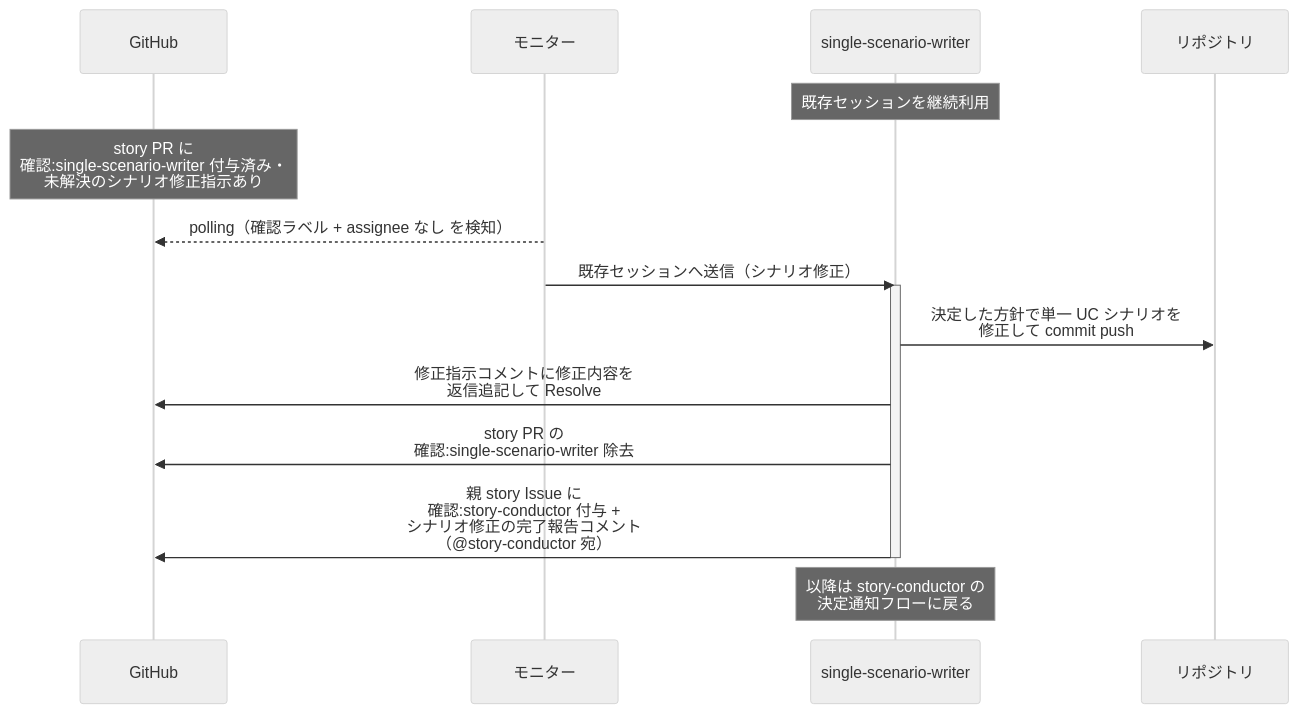
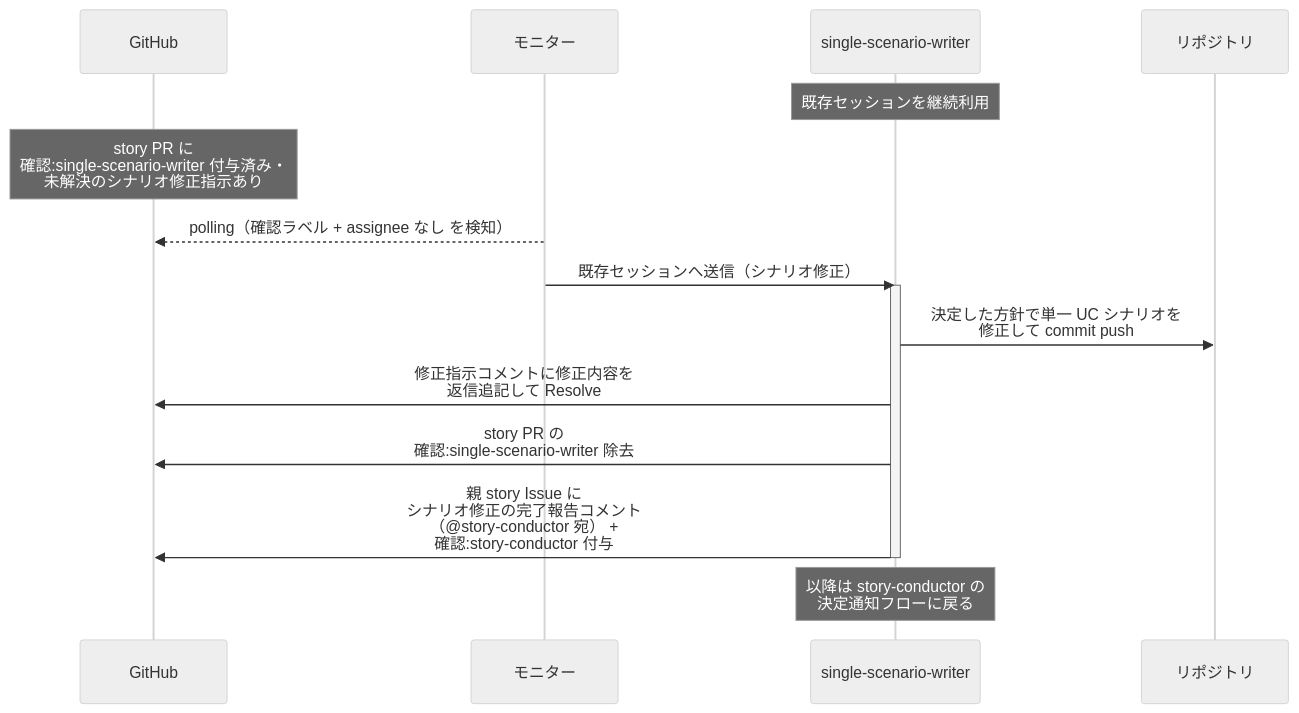
The second of 3 diagrams in docs/wiki/設計図/シナリオ/単一ユースケース/単一シナリオ設計.md (shuhei1101/ai-monitor), drawn with Mermaid (neutral theme) before and after one commit. The commit also changed other lines of this file and 29 other files, not shown here.

````diff
--- a/docs/wiki/設計図/シナリオ/単一ユースケース/単一シナリオ設計.md
+++ b/docs/wiki/設計図/シナリオ/単一ユースケース/単一シナリオ設計.md
@@ -87,19 +87,19 @@
 ```mermaid
 sequenceDiagram
   participant GH as GitHub
   participant ORC as モニター
   participant MON as single-scenario-writer
   participant REPO as リポジトリ
 
   Note over MON: 既存セッションを継続利用
   Note over GH: story PR に<br>確認:single-scenario-writer 付与済み・<br>未解決のシナリオ修正指示あり
   ORC-->>GH: polling（確認ラベル + assignee なし を検知）
   ORC->>MON: 既存セッションへ送信（シナリオ修正）
   activate MON
   MON->>REPO: 決定した方針で単一 UC シナリオを<br>修正して commit push
   MON->>GH: 修正指示コメントに修正内容を<br>返信追記して Resolve
   MON->>GH: story PR の<br>確認:single-scenario-writer 除去
-  MON->>GH: 親 story Issue に<br>確認:story-conductor 付与 +<br>シナリオ修正の完了報告コメント<br>（@story-conductor 宛）
+  MON->>GH: 親 story Issue に<br>シナリオ修正の完了報告コメント<br>（@story-conductor 宛） +<br>確認:story-conductor 付与
   deactivate MON
   Note over MON: 以降は story-conductor の<br>決定通知フローに戻る
 ```
````
